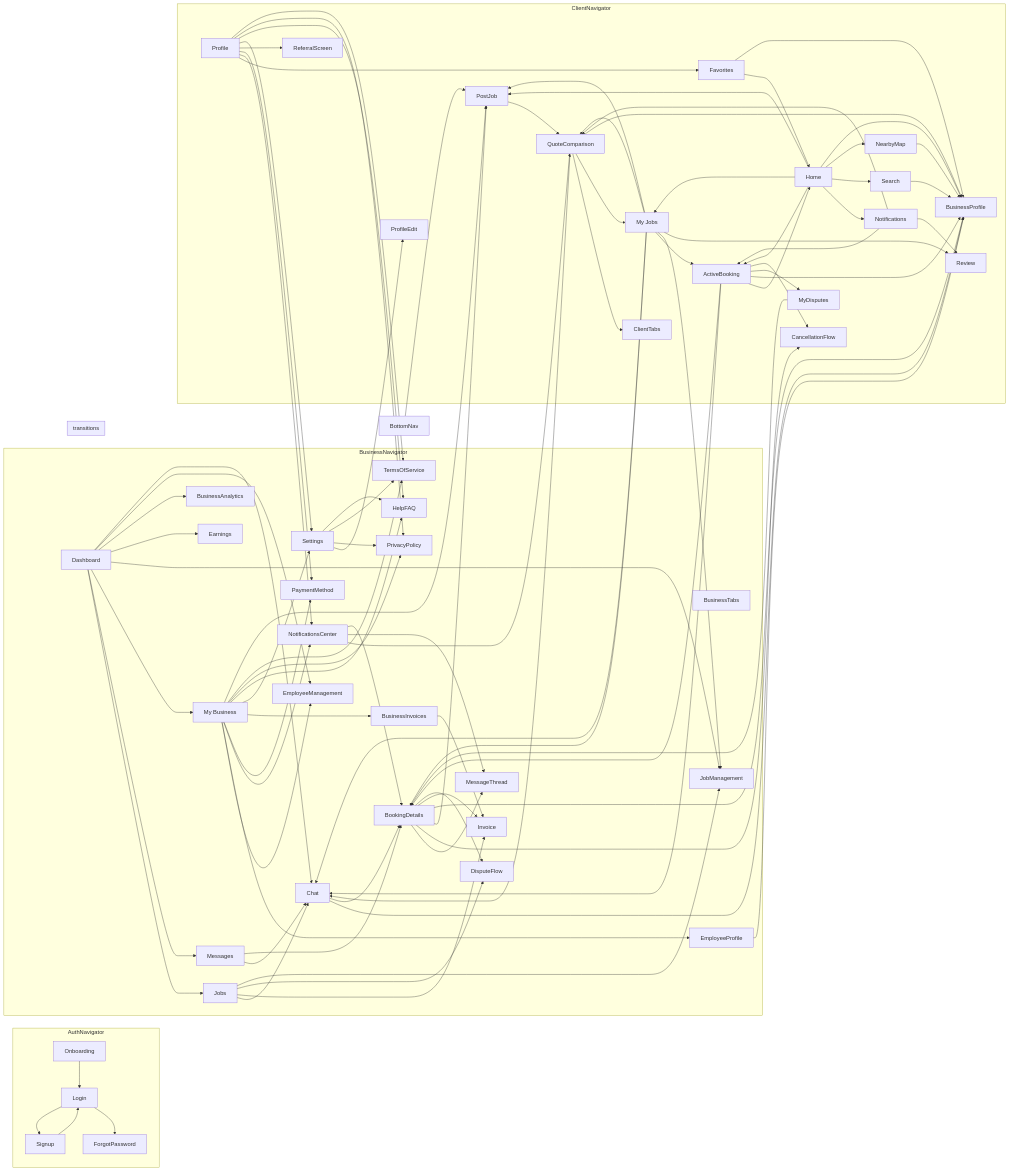
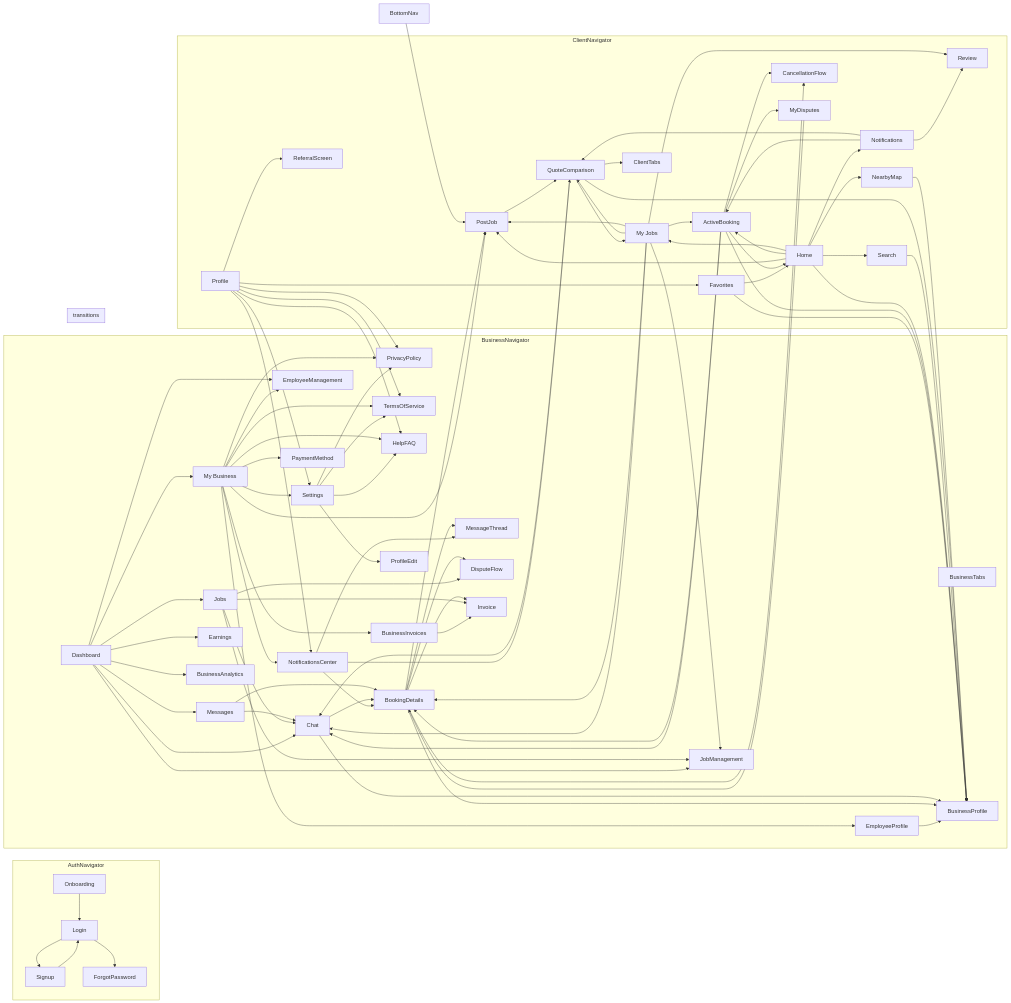
One commit to 4alkubati/SWINGBY changed the diagram in docs/FLOW_GRAPH.md. Above: the diagram before and after it, drawn with Mermaid. The commit also changed other lines of this file and 14 other files, not shown here.

```diff
--- a/docs/FLOW_GRAPH.md
+++ b/docs/FLOW_GRAPH.md
@@ -38,6 +38,8 @@
     DisputeFlow["DisputeFlow"]
     Invoice["Invoice"]
     BusinessInvoices["BusinessInvoices"]
+    ProfileEdit["ProfileEdit"]
+    BusinessProfile["BusinessProfile"]
   end
   subgraph ClientNavigator
     Home["Home"]
@@ -83,7 +85,6 @@
   Settings --> HelpFAQ
   Profile --> Favorites
   Profile --> NotificationsCenter
-  Profile --> PaymentMethod
   Profile --> ReferralScreen
   Profile --> Settings
   Profile --> HelpFAQ
```
